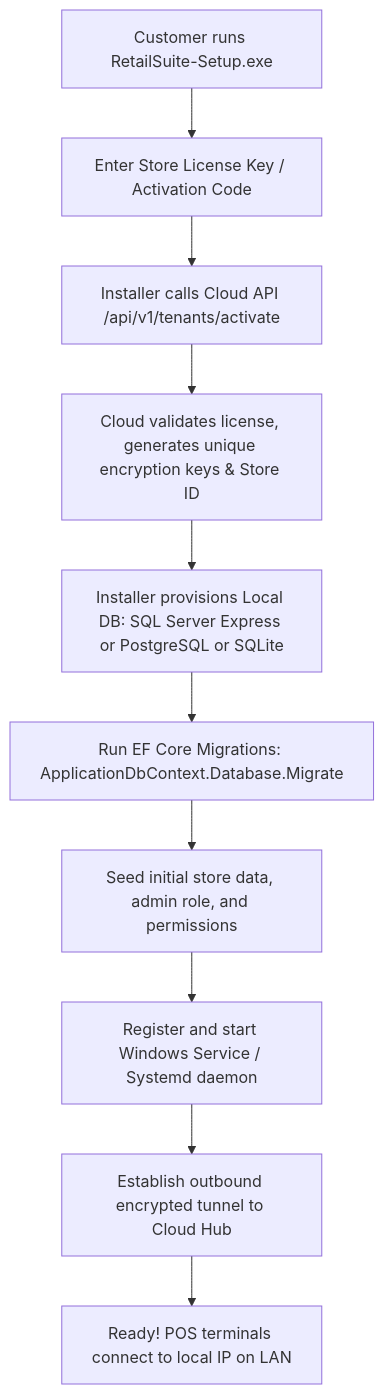
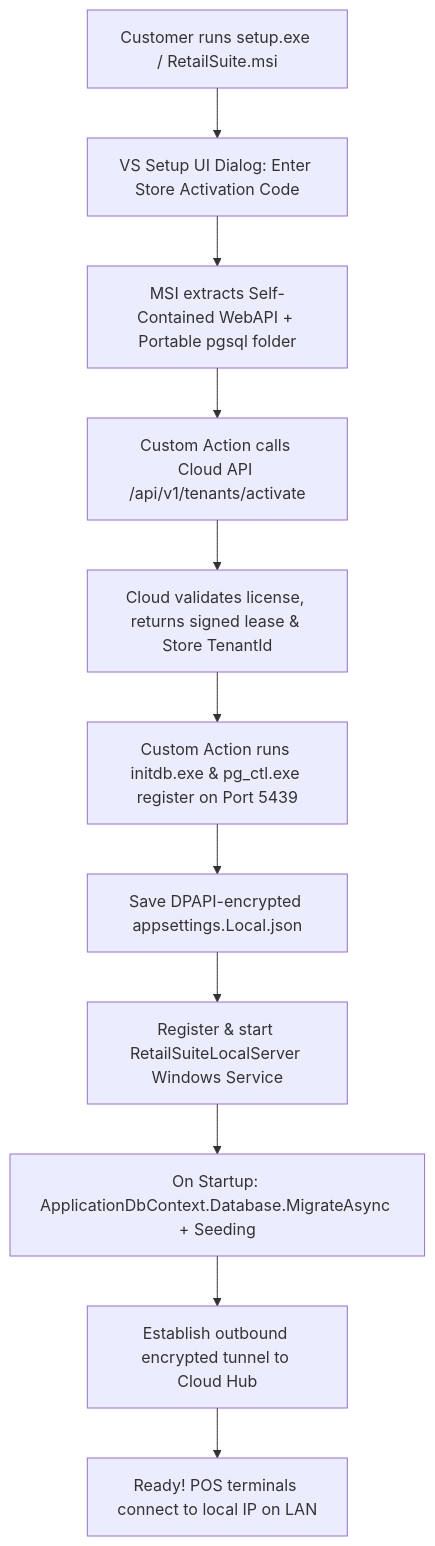
The third of 3 diagrams in docs/on_premises_hybrid_architecture_plan.md (Mutahhar758/retailsuite-api), drawn with Mermaid before and after one commit. The commit also changed other lines of this file and 8 other files, not shown here.

Commit message:
feat: add on-premises hybrid architecture plan and multitenant infrastructure services

````diff
--- a/docs/on_premises_hybrid_architecture_plan.md
+++ b/docs/on_premises_hybrid_architecture_plan.md
@@ -179,12 +186,13 @@
 ```mermaid
 graph TD
-    A[Customer runs RetailSuite-Setup.exe] --> B[Enter Store License Key / Activation Code]
-    B --> C[Installer calls Cloud API /api/v1/tenants/activate]
-    C --> D[Cloud validates license, generates unique encryption keys & Store ID]
-    D --> E[Installer provisions Local DB: SQL Server Express or PostgreSQL or SQLite]
-    E --> F[Run EF Core Migrations: ApplicationDbContext.Database.Migrate]
-    F --> G[Seed initial store data, admin role, and permissions]
-    G --> H[Register and start Windows Service / Systemd daemon]
-    H --> I[Establish outbound encrypted tunnel to Cloud Hub]
-    I --> J[Ready! POS terminals connect to local IP on LAN]
+    A[Customer runs setup.exe / RetailSuite.msi] --> B[VS Setup UI Dialog: Enter Store Activation Code]
+    B --> C[MSI extracts Self-Contained WebAPI + Portable pgsql folder]
+    C --> D[Custom Action calls Cloud API /api/v1/tenants/activate]
+    D --> E[Cloud validates license, returns signed lease & Store TenantId]
+    E --> F[Custom Action runs initdb.exe & pg_ctl.exe register on Port 5439]
+    F --> G[Save DPAPI-encrypted appsettings.Local.json]
+    G --> H[Register & start RetailSuiteLocalServer Windows Service]
+    H --> I[On Startup: ApplicationDbContext.Database.MigrateAsync + Seeding]
+    I --> J[Establish outbound encrypted tunnel to Cloud Hub]
+    J --> K[Ready! POS terminals connect to local IP on LAN]
 ```
````
